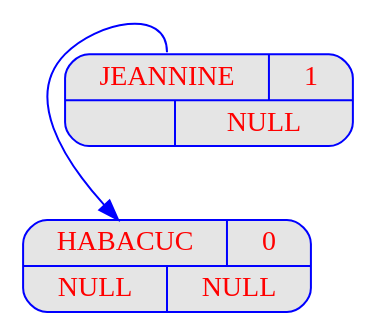
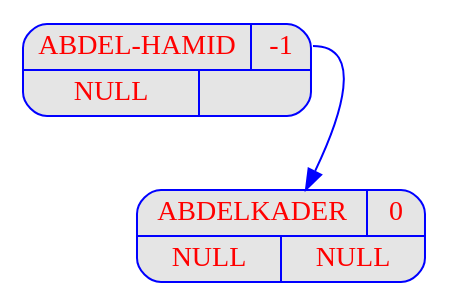
Before and after one commit to FilRougeAAP/Fil_Rouge: the diagram in Programme_1/output_Prog1/dot/displayAVL_v01.dot, drawn with Graphviz. The commit also changed 45 other files, not shown here.

```diff
--- a/Programme_1/output_Prog1/dot/displayAVL_v01.dot
+++ b/Programme_1/output_Prog1/dot/displayAVL_v01.dot
@@ -1,22 +1,22 @@
 digraph displayAVL {
 	node [
 		fontname  = "Arial bold" 
 		fontsize  = "14"
 		fontcolor = "red"
 		style     = "rounded, filled"
 		shape     = "record"
 		fillcolor = "grey90"
 		color     = "blue"
 		width     = "2"
 	]
 
 	edge [
 		color     = "blue"
 	]
 
-	"JEANNINE" [label = "{{<g> JEANNINE | <d> 1 } | { <g> | <d>}}"];
-	"JEANNINE" [label = "{{<g> JEANNINE | <d> 1 }| { <g> | <d> NULL}}"];
-	"JEANNINE":g -> "HABACUC";
-	"HABACUC" [label = "{{<g> HABACUC | <d> 0 } | { <g> | <d>}}"];
-	"HABACUC" [label = "{{<g> HABACUC | <d> 0 }| { <g> NULL | <d> NULL}}"];
+	"ABDEL-HAMID" [label = "{{<g> ABDEL-HAMID | <d> -1 } | { <g> | <d>}}"];
+	"ABDEL-HAMID" [label = "{{<g> ABDEL-HAMID | <d> -1 }| { <g> NULL | <d> }}"];
+	"ABDEL-HAMID":d -> "ABDELKADER";
+	"ABDELKADER" [label = "{{<g> ABDELKADER | <d> 0 } | { <g> | <d>}}"];
+	"ABDELKADER" [label = "{{<g> ABDELKADER | <d> 0 }| { <g> NULL | <d> NULL}}"];
 }
```
